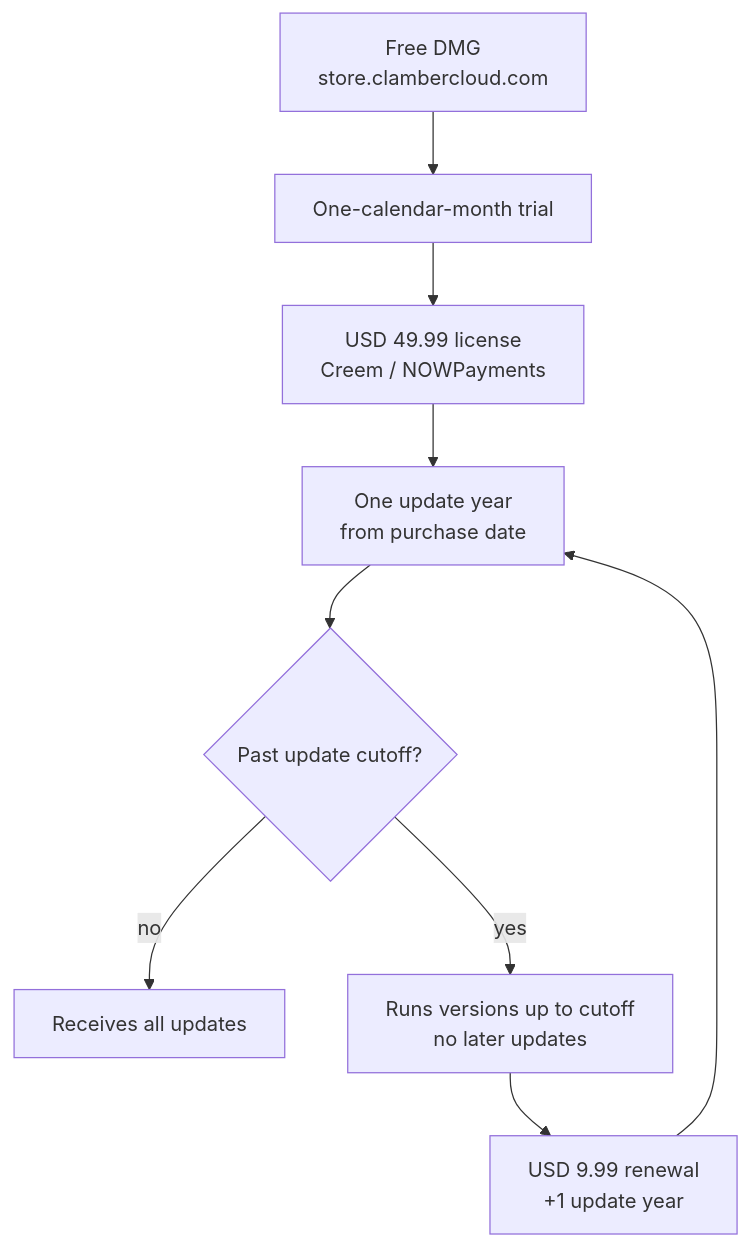
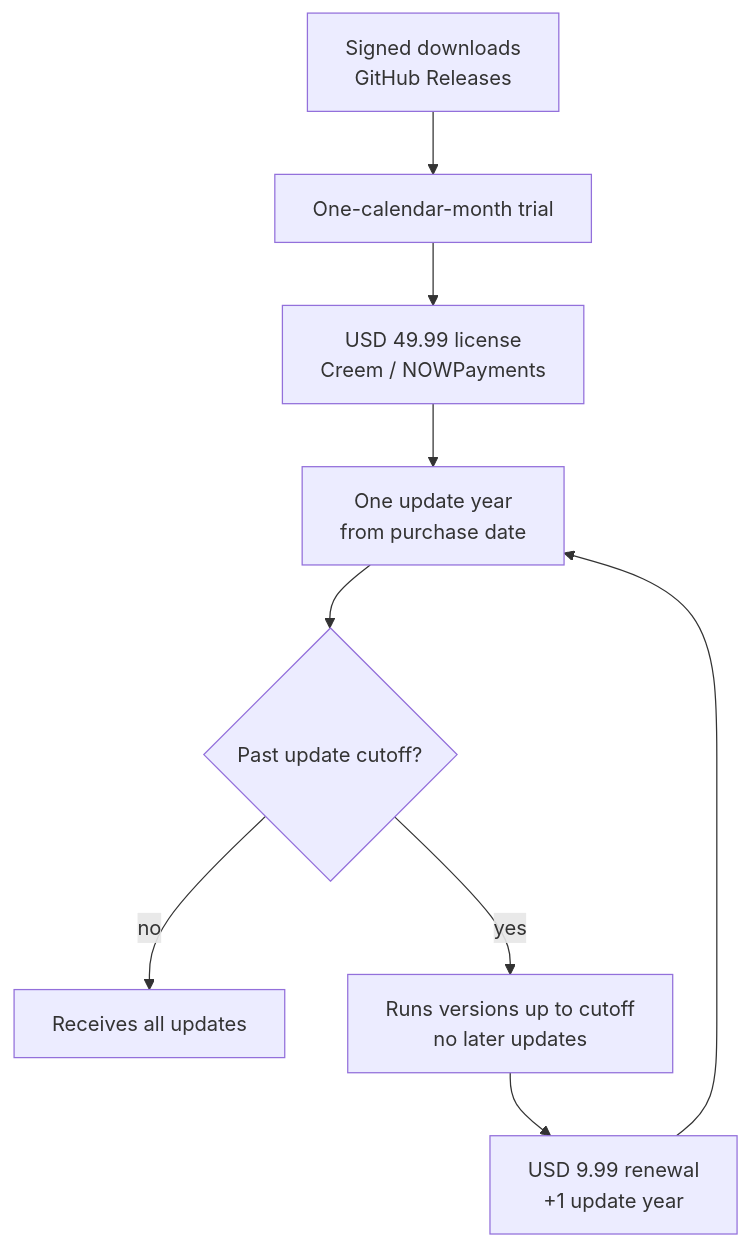
The fourth of 5 diagrams in README.md (JohnThre/clambhook), drawn with Mermaid before and after one commit. The commit also changed other lines of this file and 26 other files, not shown here.

Commit message:
ci: publish releases and funding on GitHub

````diff
--- a/README.md
+++ b/README.md
@@ -378,11 +380,11 @@
 ```mermaid
 flowchart TD
-    download["Free DMG<br/>store.clambercloud.com"] --> trial["One-calendar-month trial"]
+    download["Signed downloads<br/>GitHub Releases"] --> trial["One-calendar-month trial"]
     trial --> buy["USD 49.99 license<br/>Creem / NOWPayments"]
     buy --> year["One update year<br/>from purchase date"]
     year --> cutoff{Past update cutoff?}
     cutoff -->|no| updates["Receives all updates"]
     cutoff -->|yes| frozen["Runs versions up to cutoff<br/>no later updates"]
     frozen --> renew["USD 9.99 renewal<br/>+1 update year"]
     renew --> year
 ```
````
